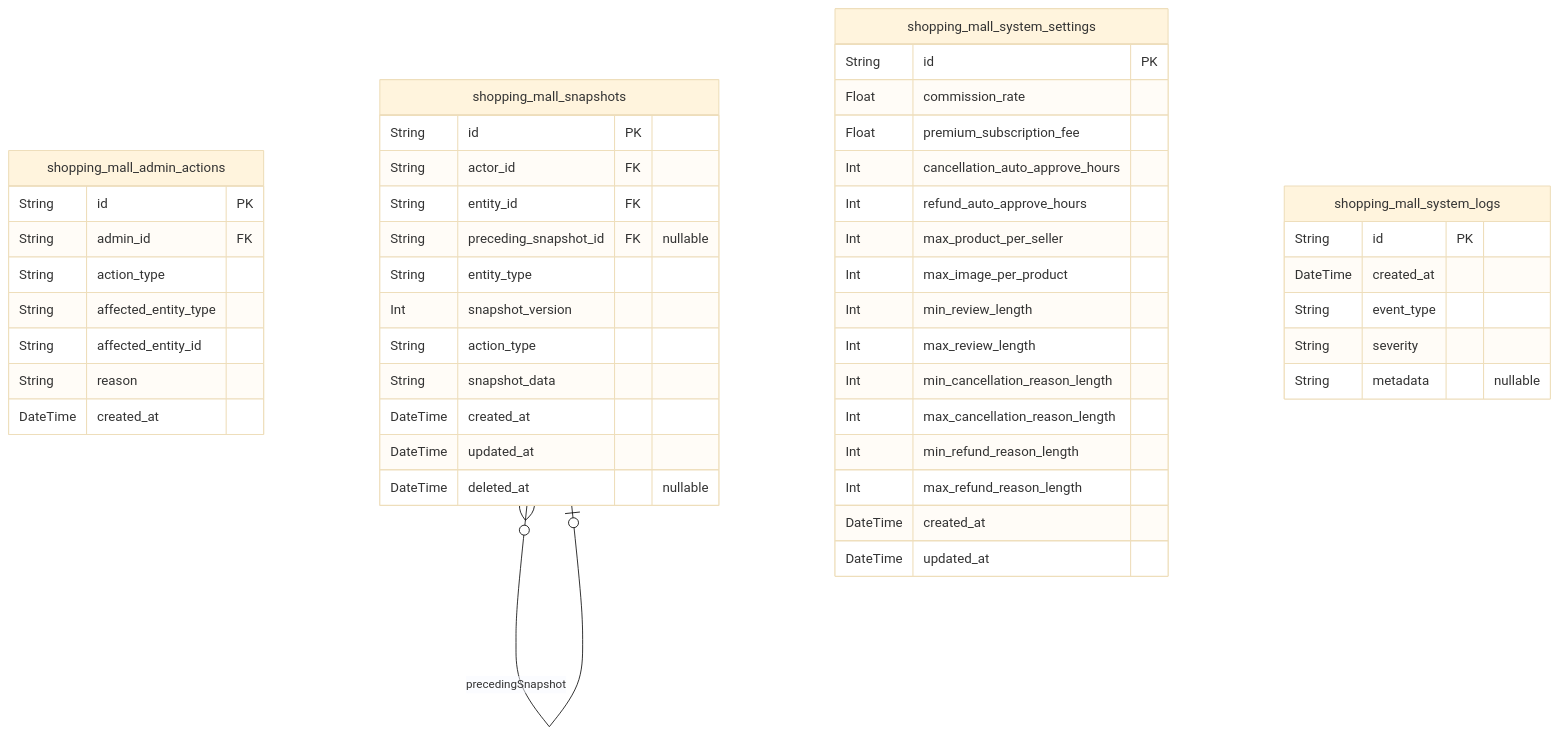
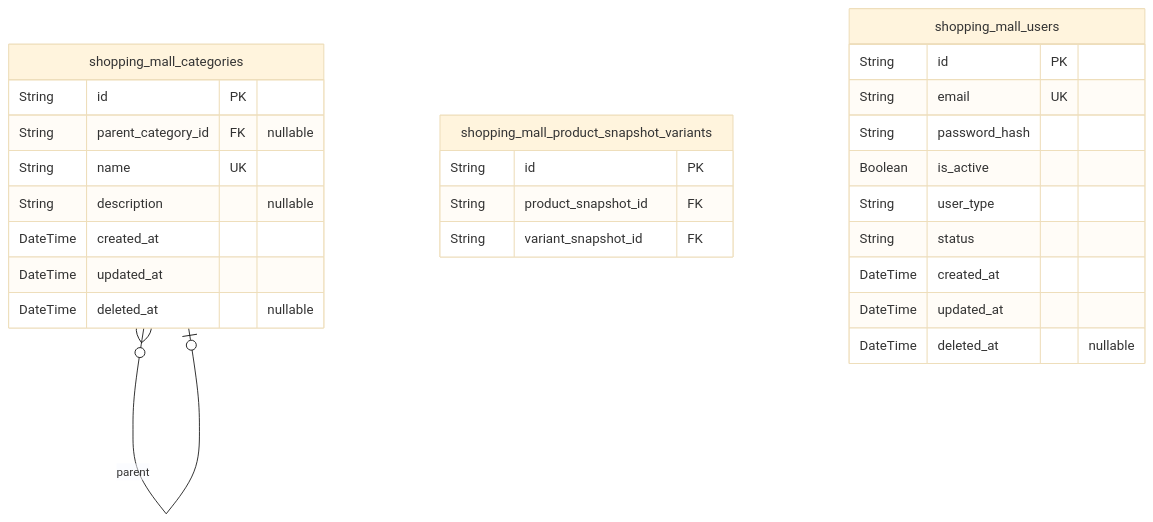
Before and after one commit to wrtnlabs/autobe-examples: the second of 10 diagrams in qwen/qwen3-next-80b-a3b-instruct/shopping/docs/ERD.md, drawn with Mermaid (base theme). The commit also changed other lines of this file and 25939 other files, not shown here.

````diff
--- a/qwen/qwen3-next-80b-a3b-instruct/shopping/docs/ERD.md
+++ b/qwen/qwen3-next-80b-a3b-instruct/shopping/docs/ERD.md
@@ -532,50 +552,29 @@
 ```mermaid
 erDiagram
-"shopping_mall_admin_actions" {
+"shopping_mall_categories" {
   String id PK
-  String admin_id FK
-  String action_type
-  String affected_entity_type
-  String affected_entity_id
-  String reason
-  DateTime created_at
-}
-"shopping_mall_snapshots" {
-  String id PK
-  String actor_id FK
-  String entity_id FK
-  String preceding_snapshot_id FK "nullable"
-  String entity_type
-  Int snapshot_version
-  String action_type
-  String snapshot_data
+  String parent_category_id FK "nullable"
+  String name UK
+  String description "nullable"
   DateTime created_at
   DateTime updated_at
   DateTime deleted_at "nullable"
 }
-"shopping_mall_system_settings" {
+"shopping_mall_product_snapshot_variants" {
   String id PK
-  Float commission_rate
-  Float premium_subscription_fee
-  Int cancellation_auto_approve_hours
-  Int refund_auto_approve_hours
-  Int max_product_per_seller
-  Int max_image_per_product
-  Int min_review_length
-  Int max_review_length
-  Int min_cancellation_reason_length
-  Int max_cancellation_reason_length
-  Int min_refund_reason_length
-  Int max_refund_reason_length
+  String product_snapshot_id FK
+  String variant_snapshot_id FK
+}
+"shopping_mall_users" {
+  String id PK
+  String email UK
+  String password_hash
+  Boolean is_active
+  String user_type
+  String status
   DateTime created_at
   DateTime updated_at
+  DateTime deleted_at "nullable"
 }
-"shopping_mall_system_logs" {
-  String id PK
-  DateTime created_at
-  String event_type
-  String severity
-  String metadata "nullable"
-}
-"shopping_mall_snapshots" }o--o| "shopping_mall_snapshots" : precedingSnapshot
+"shopping_mall_categories" }o--o| "shopping_mall_categories" : parent
 ```
````
